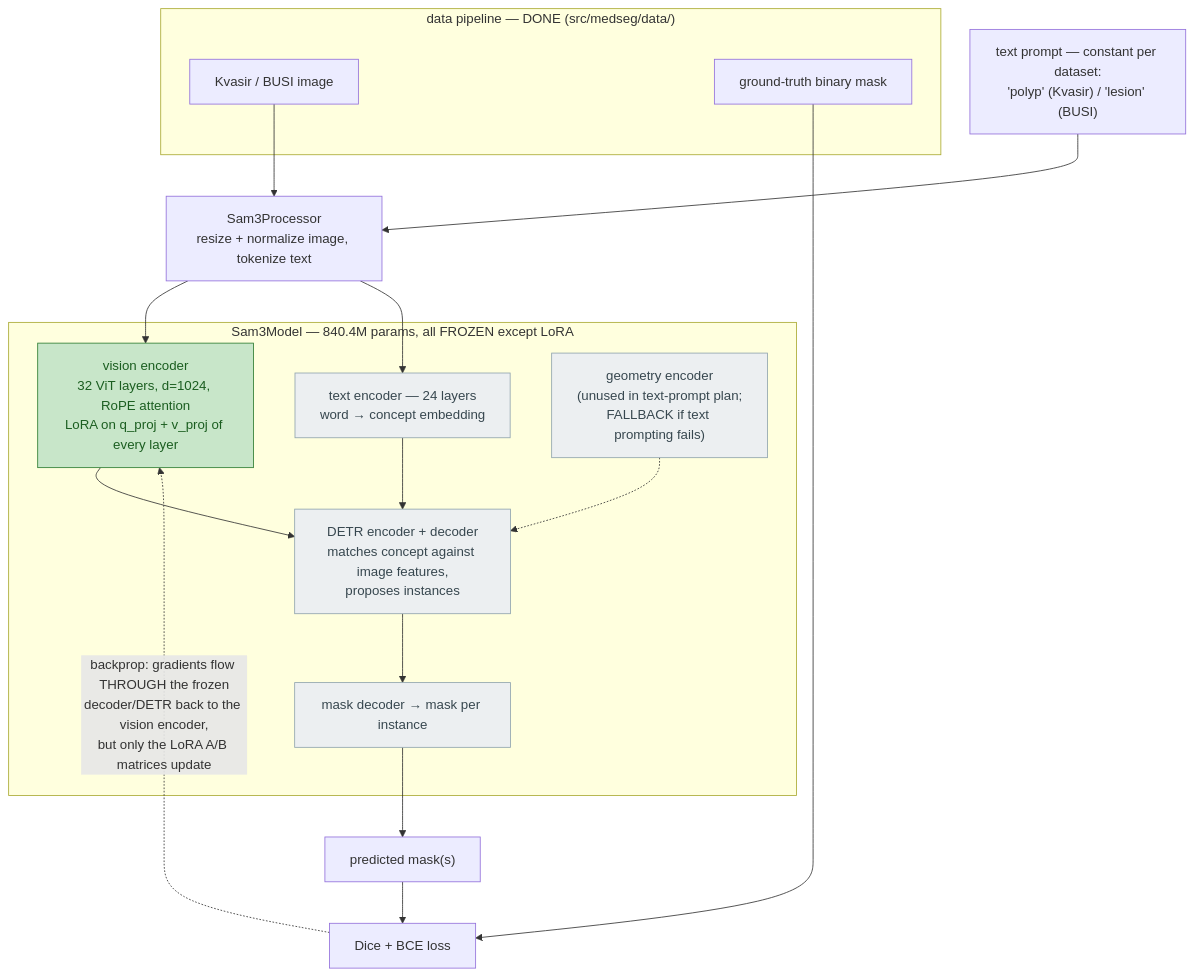
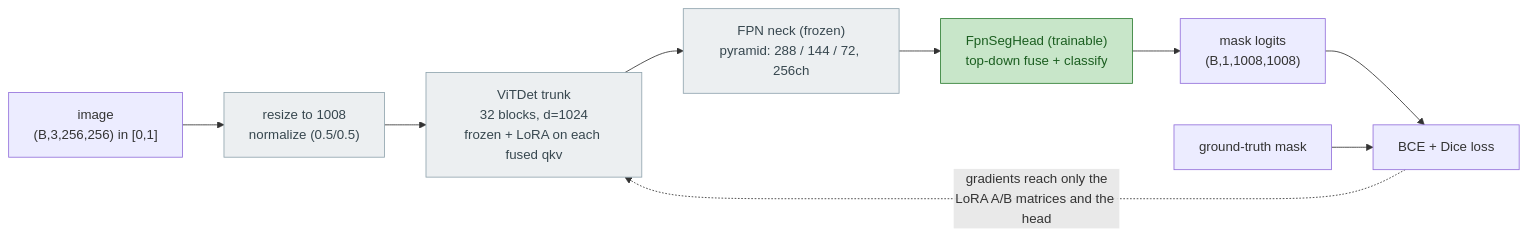
Before and after one commit to Good-SAMaritans/sam3-lora-medical-segmentation: the diagram in docs/lora.md, drawn with Mermaid. The commit also changed other lines of this file and 2 other files, not shown here.

````diff
--- a/docs/lora.md
+++ b/docs/lora.md
@@ -160,35 +85,16 @@
 ```mermaid
-flowchart TB
-    subgraph DATA["data pipeline — DONE (src/medseg/data/)"]
-        IMG["Kvasir / BUSI image"]
-        GT["ground-truth binary mask"]
-    end
-    TXT["text prompt — constant per dataset:<br/>'polyp' (Kvasir) / 'lesion' (BUSI)"]
-    PROC["Sam3Processor<br/>resize + normalize image, tokenize text"]
-
-    subgraph SAM3["Sam3Model — 840.4M params, all FROZEN except LoRA"]
-        VE["vision encoder<br/>32 ViT layers, d=1024, RoPE attention<br/>LoRA on q_proj + v_proj of every layer"]
-        TE["text encoder — 24 layers<br/>word → concept embedding"]
-        GE["geometry encoder<br/>(unused in text-prompt plan;<br/>FALLBACK if text prompting fails)"]
-        DETR["DETR encoder + decoder<br/>matches concept against image features,<br/>proposes instances"]
-        MD["mask decoder → mask per instance"]
-    end
-
-    PRED["predicted mask(s)"]
-    LOSS["Dice + BCE loss"]
-
-    IMG --> PROC --> VE
-    TXT --> PROC --> TE
-    VE --> DETR
-    TE --> DETR
-    GE -.-> DETR
-    DETR --> MD --> PRED
-    PRED --> LOSS
-    GT --> LOSS
-    LOSS -. "backprop: gradients flow THROUGH the frozen<br/>decoder/DETR back to the vision encoder,<br/>but only the LoRA A/B matrices update" .-> VE
+flowchart LR
+    IMG["image<br/>(B,3,256,256) in [0,1]"] --> PREP["resize to 1008<br/>normalize (0.5/0.5)"]
+    PREP --> TRUNK["ViTDet trunk<br/>32 blocks, d=1024<br/>frozen + LoRA on each fused qkv"]
+    TRUNK --> NECK["FPN neck (frozen)<br/>pyramid: 288 / 144 / 72, 256ch"]
+    NECK --> HEAD["FpnSegHead (trainable)<br/>top-down fuse + classify"]
+    HEAD --> OUT["mask logits<br/>(B,1,1008,1008)"]
+    OUT --> LOSS["BCE + Dice loss"]
+    GT["ground-truth mask"] --> LOSS
+    LOSS -. "gradients reach only the<br/>LoRA A/B matrices and the head" .-> TRUNK
 
     classDef trainable fill:#c8e6c9,stroke:#2e7d32,color:#1b5e20;
     classDef frozen fill:#eceff1,stroke:#90a4ae,color:#37474f;
-    class VE trainable;
-    class TE,GE,DETR,MD frozen;
+    class HEAD trainable;
+    class TRUNK,NECK,PREP frozen;
 ```
````
